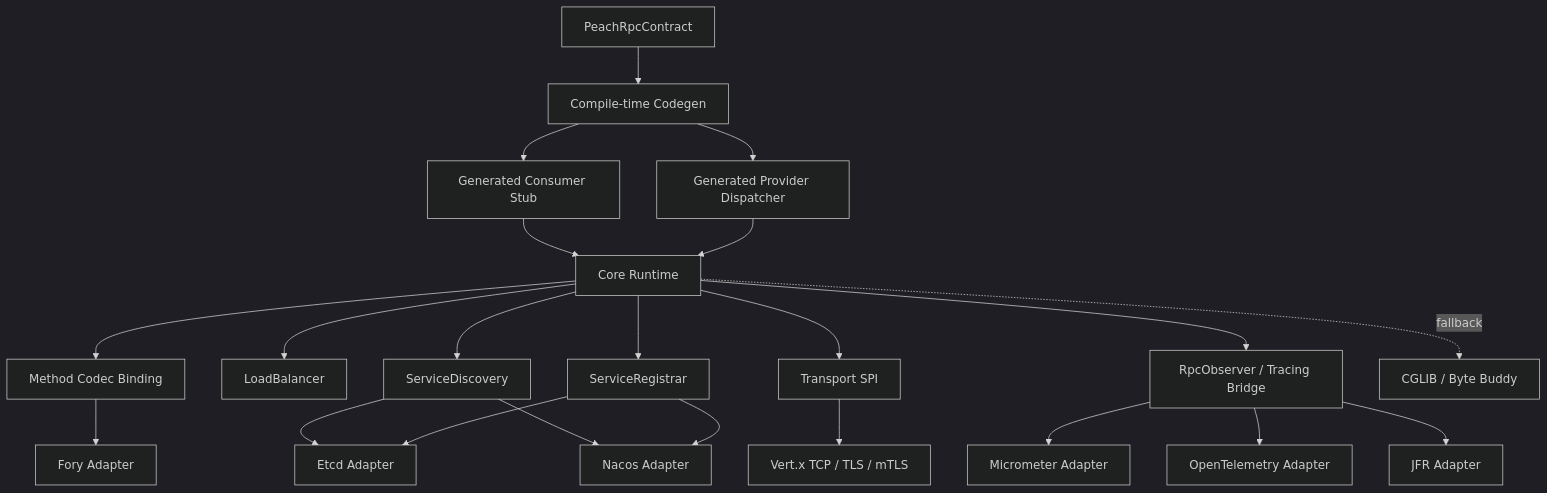
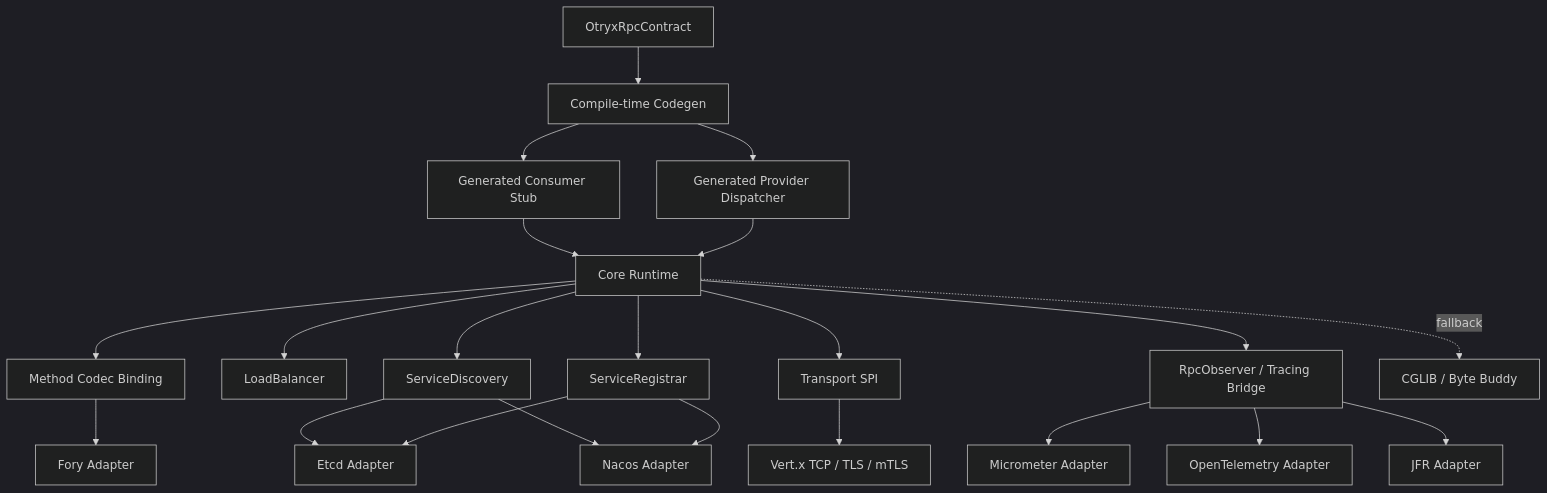
The first of 3 diagrams in docs/architecture.md (Ryan-Guizhou/peach-rpc), drawn with Mermaid (dark theme) before and after one commit. The commit also changed other lines of this file and 339 other files, not shown here.

````diff
--- a/docs/architecture.md
+++ b/docs/architecture.md
@@ -15,24 +15,24 @@
 ```mermaid
 flowchart TB
-    Contract[PeachRpcContract] --> Codegen[Compile-time Codegen]
+    Contract[OtryxRpcContract] --> Codegen[Compile-time Codegen]
     Codegen --> Stub[Generated Consumer Stub]
     Codegen --> Dispatcher[Generated Provider Dispatcher]
     Stub --> Core[Core Runtime]
     Dispatcher --> Core
     Core --> Codec[Method Codec Binding]
     Core --> LB[LoadBalancer]
     Core --> Discovery[ServiceDiscovery]
     Core --> Registrar[ServiceRegistrar]
     Core --> Transport[Transport SPI]
     Codec --> Fory[Fory Adapter]
     Discovery --> Etcd[Etcd Adapter]
     Registrar --> Etcd
     Discovery --> Nacos[Nacos Adapter]
     Registrar --> Nacos
     Transport --> Vertx[Vert.x TCP / TLS / mTLS]
     Core --> Obs[RpcObserver / Tracing Bridge]
     Obs --> Metrics[Micrometer Adapter]
     Obs --> Tracing[OpenTelemetry Adapter]
     Obs --> Jfr[JFR Adapter]
     Core -. fallback .-> Cglib[CGLIB / Byte Buddy]
 ```
````
